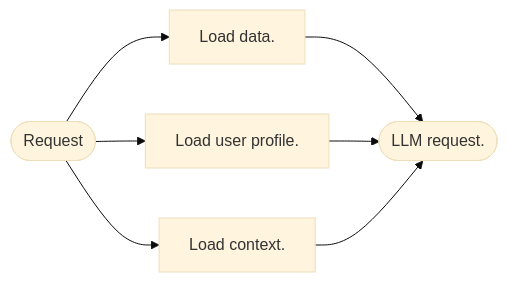
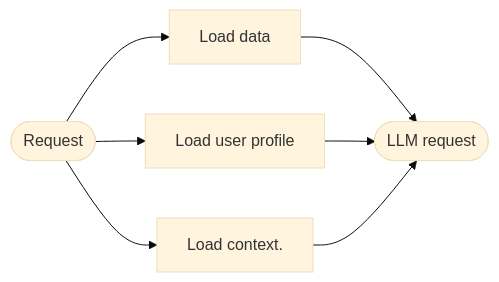
One commit to g4s8/gdf-am-2025 changed the third of 5 diagrams in site/content/_index.md. Above: the diagram before and after it, drawn with Mermaid (base theme).

```diff
--- a/site/content/_index.md
+++ b/site/content/_index.md
@@ -186,13 +186,13 @@
 {{< mermaid >}}
 graph LR
     A(["Request "])
-    E(["LLM request. "])
+    E(["LLM request   "])
 
-    A --> B["Load data. "]
-    A --> C["Load user profile. "]
-    A --> D["Load context. "]
+    A --> B["Load data   "]
+    A --> C["Load user profile    "]
+    A --> D["Load context.  "]
 
     B --> E
     C --> E
     D --> E
 {{< /mermaid >}}
```
